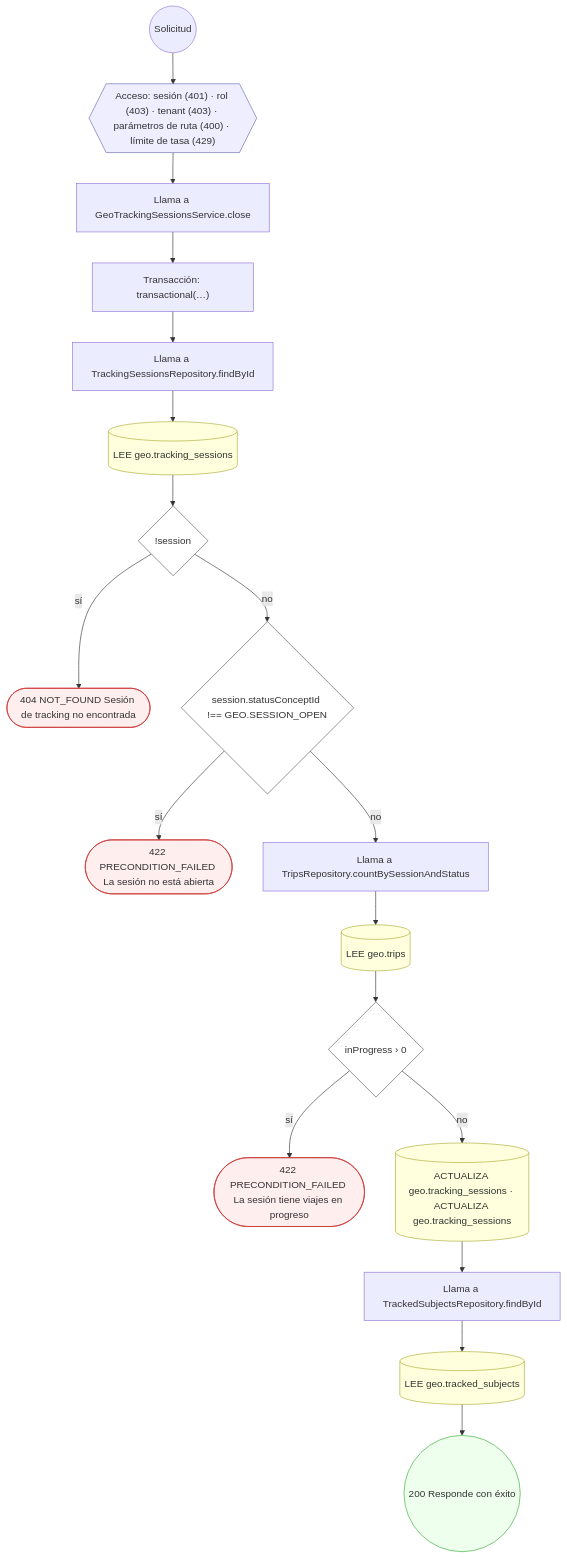
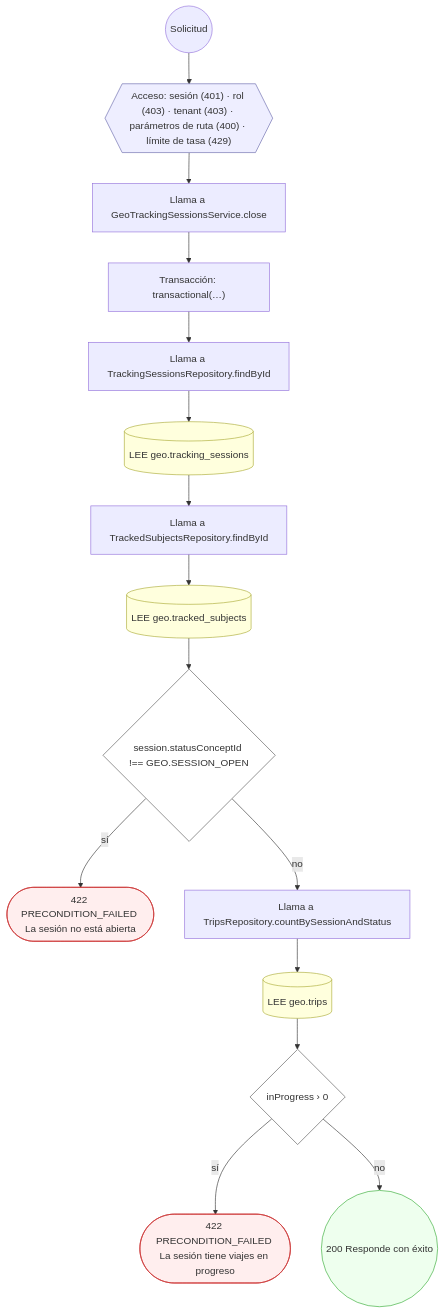
The ninth of 11 diagrams in docs/inventario/flujos/geo.md (mdavila-2001/mantra-core-health-api), drawn with Mermaid before and after one commit. The commit also changed other lines of this file and 438 other files, not shown here.

````diff
--- a/docs/inventario/flujos/geo.md
+++ b/docs/inventario/flujos/geo.md
@@ -517,44 +486,38 @@
 ```mermaid
 flowchart TD
   n1(("Solicitud")):::inicio
   n2{{"Acceso: sesión (401) · rol (403) · tenant (403) · parámetros de ruta (400) · límite de tasa (429)"}}:::acceso
   n1 --> n2
   n3["Llama a GeoTrackingSessionsService.close"]:::llamada
   n2 --> n3
   n4["Transacción: transactional(…)"]:::transaccion
   n3 --> n4
   n5["Llama a TrackingSessionsRepository.findById"]:::llamada
   n4 --> n5
   n6[("LEE geo.tracking_sessions")]:::efecto
   n5 --> n6
-  n7{"!session"}:::decision
+  n7["Llama a TrackedSubjectsRepository.findById"]:::llamada
   n6 --> n7
-  n8(["404 NOT_FOUND Sesión de tracking no encontrada"]):::error
-  n7 -->|"sí"| n8
+  n8[("LEE geo.tracked_subjects")]:::efecto
+  n7 --> n8
   n9{"session.statusConceptId !== GEO.SESSION_OPEN"}:::decision
-  n7 -->|"no"| n9
+  n8 --> n9
   n10(["422 PRECONDITION_FAILED La sesión no está abierta"]):::error
   n9 -->|"sí"| n10
   n11["Llama a TripsRepository.countBySessionAndStatus"]:::llamada
   n9 -->|"no"| n11
   n12[("LEE geo.trips")]:::efecto
   n11 --> n12
   n13{"inProgress › 0"}:::decision
   n12 --> n13
   n14(["422 PRECONDITION_FAILED La sesión tiene viajes en progreso"]):::error
   n13 -->|"sí"| n14
-  n15[("ACTUALIZA geo.tracking_sessions · ACTUALIZA geo.tracking_sessions")]:::efecto
+  n15(("200 Responde con éxito")):::ok
   n13 -->|"no"| n15
-  n16["Llama a TrackedSubjectsRepository.findById"]:::llamada
-  n15 --> n16
-  n17[("LEE geo.tracked_subjects")]:::efecto
-  n16 --> n17
-  n18(("200 Responde con éxito")):::ok
-  n17 --> n18
   classDef acceso fill:#eef,stroke:#66a
   classDef error fill:#fee,stroke:#c33
   classDef ok fill:#efe,stroke:#3a3
   classDef efecto fill:#ffd,stroke:#aa3
   classDef decision fill:#fff,stroke:#555
   classDef corte fill:#eee,stroke:#999,stroke-dasharray: 4
 ```
````
